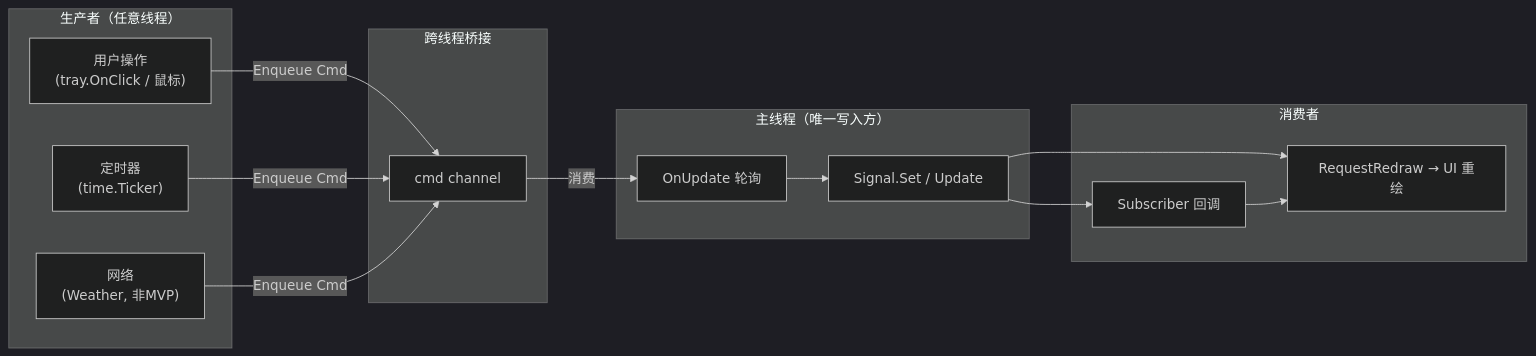
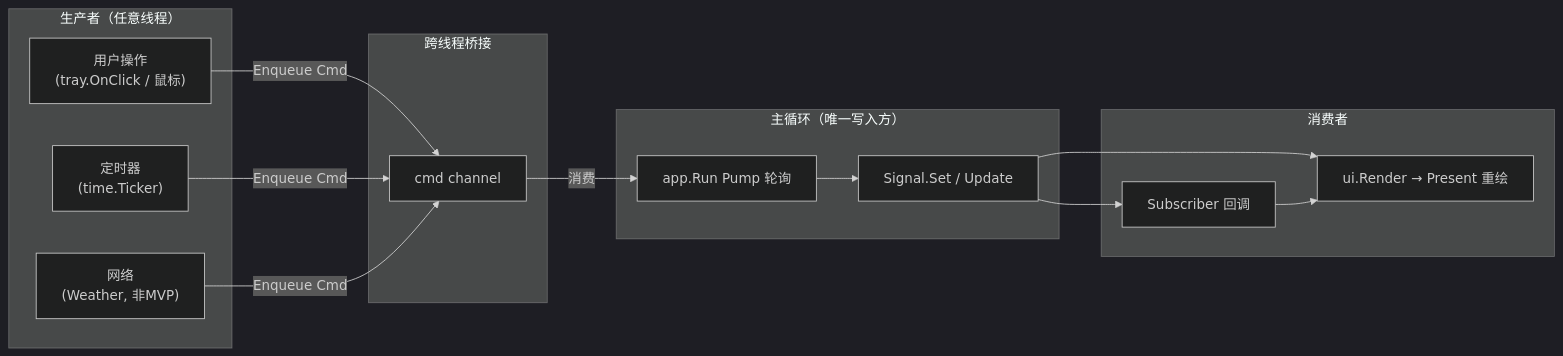
The second of 4 diagrams in docs/30-State/Signal.md (shaolei/DeskCalendar), drawn with Mermaid (dark theme) before and after one commit. The commit also changed other lines of this file and 25 other files, not shown here.

````diff
--- a/docs/30-State/Signal.md
+++ b/docs/30-State/Signal.md
@@ -47,28 +46,28 @@
 ```mermaid
 flowchart LR
     subgraph PRODUCERS["生产者（任意线程）"]
         U["用户操作<br/>(tray.OnClick / 鼠标)"]
         T["定时器<br/>(time.Ticker)"]
         N["网络<br/>(Weather, 非MVP)"]
     end
     subgraph BRIDGE["跨线程桥接"]
         CH["cmd channel"]
     end
-    subgraph MAIN["主线程（唯一写入方）"]
-        OU["OnUpdate 轮询"]
+    subgraph MAIN["主循环（唯一写入方）"]
+        OU["app.Run Pump 轮询"]
         SG["Signal.Set / Update"]
     end
     subgraph CONSUMERS["消费者"]
         SUB["Subscriber 回调"]
-        RD["RequestRedraw → UI 重绘"]
+        RD["ui.Render → Present 重绘"]
     end
 
     U -->|Enqueue Cmd| CH
     T -->|Enqueue Cmd| CH
     N -->|Enqueue Cmd| CH
     CH -->|消费| OU
     OU --> SG
     SG --> SUB
     SG --> RD
     SUB --> RD
 ```
````
